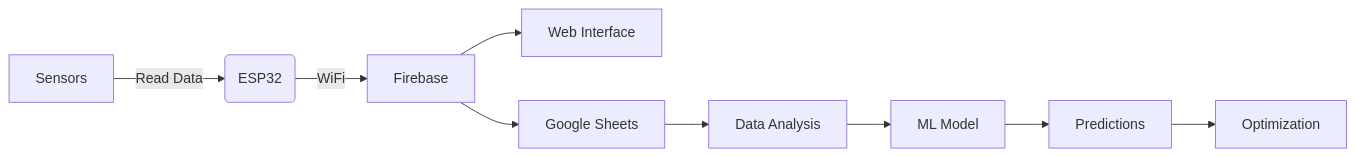
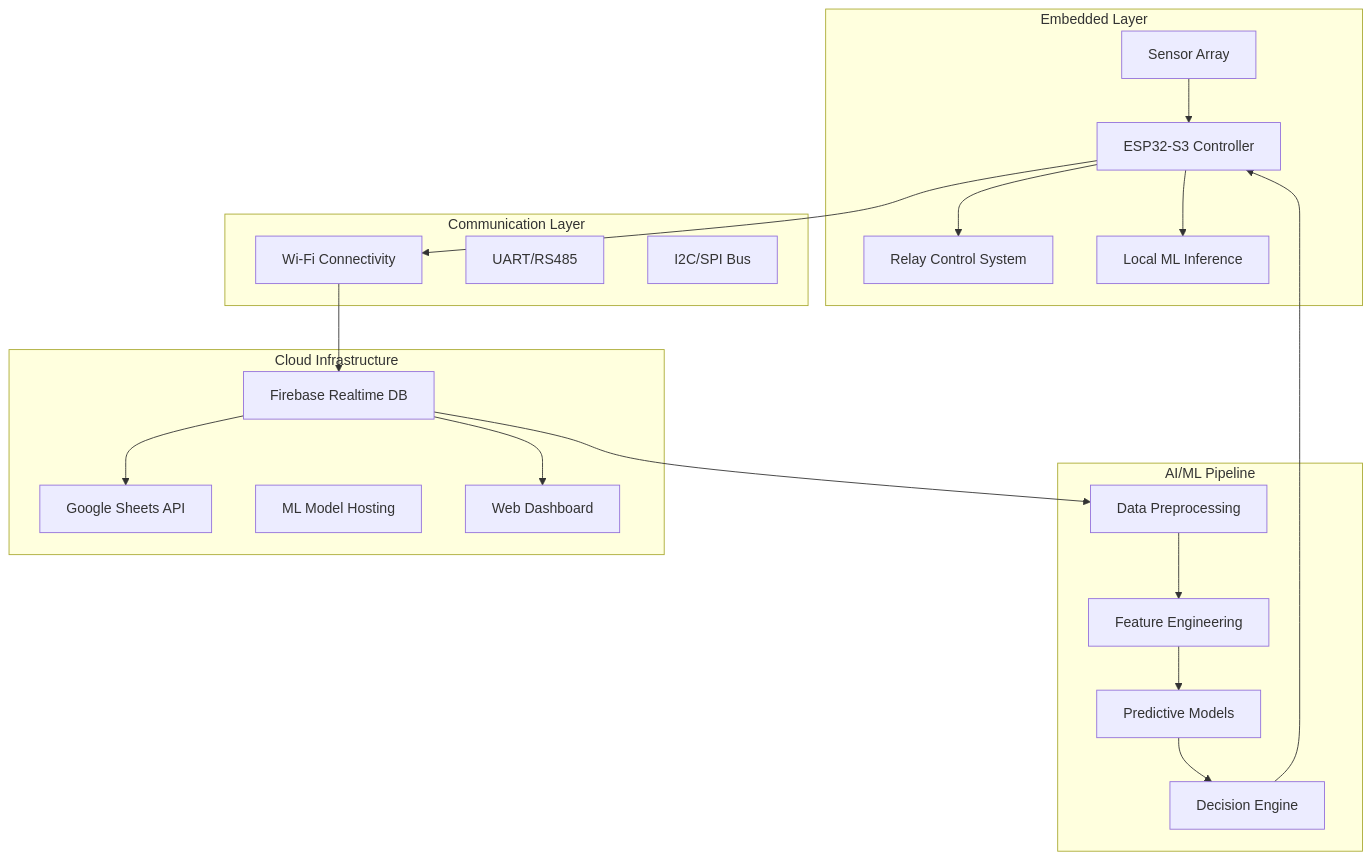
The diagram in README.md (FahimShah651/FYP-Smart-Hydroponic-IoT-ML-Driven-Sustainable-Farming), drawn with Mermaid before and after one commit. The commit also changed other lines of this file and 4 other files, not shown here.

````diff
--- a/README.md
+++ b/README.md
@@ -113,11 +238,42 @@
 ```mermaid
-graph LR
-    A[Sensors] -->|Read Data| B(ESP32)
-    B -->|WiFi| C[Firebase]
-    C --> D[Web Interface]
-    C --> E[Google Sheets]
-    E --> F[Data Analysis]
-    F --> G[ML Model]
-    G --> H[Predictions]
-    H --> I[Optimization]
+graph TB
+    subgraph "Embedded Layer"
+        A[ESP32-S3 Controller] 
+        B[Sensor Array]
+        C[Relay Control System]
+        D[Local ML Inference]
+    end
+    
+    subgraph "Communication Layer"
+        E[Wi-Fi Connectivity]
+        F[UART/RS485]
+        G[I2C/SPI Bus]
+    end
+    
+    subgraph "Cloud Infrastructure"
+        H[Firebase Realtime DB]
+        I[Google Sheets API]
+        J[ML Model Hosting]
+        K[Web Dashboard]
+    end
+    
+    subgraph "AI/ML Pipeline"
+        L[Data Preprocessing]
+        M[Feature Engineering]
+        N[Predictive Models]
+        O[Decision Engine]
+    end
+    
+    B --> A
+    A --> E
+    E --> H
+    H --> I
+    H --> K
+    H --> L
+    L --> M
+    M --> N
+    N --> O
+    O --> A
+    A --> C
+    A --> D
 ```
````
